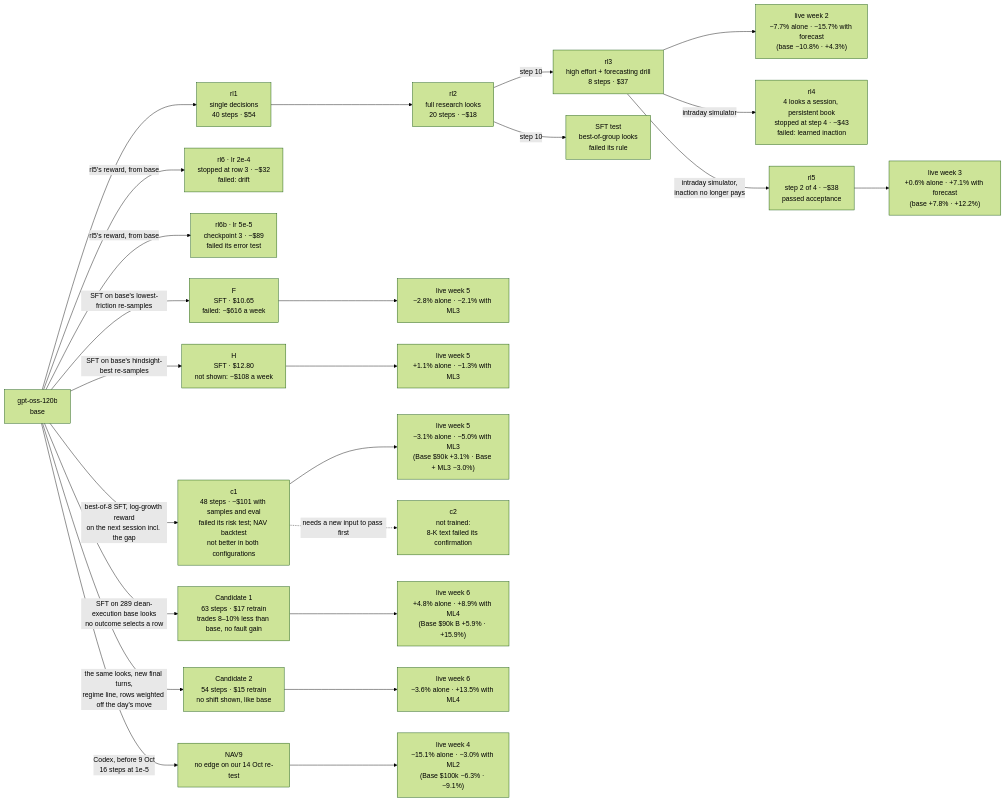
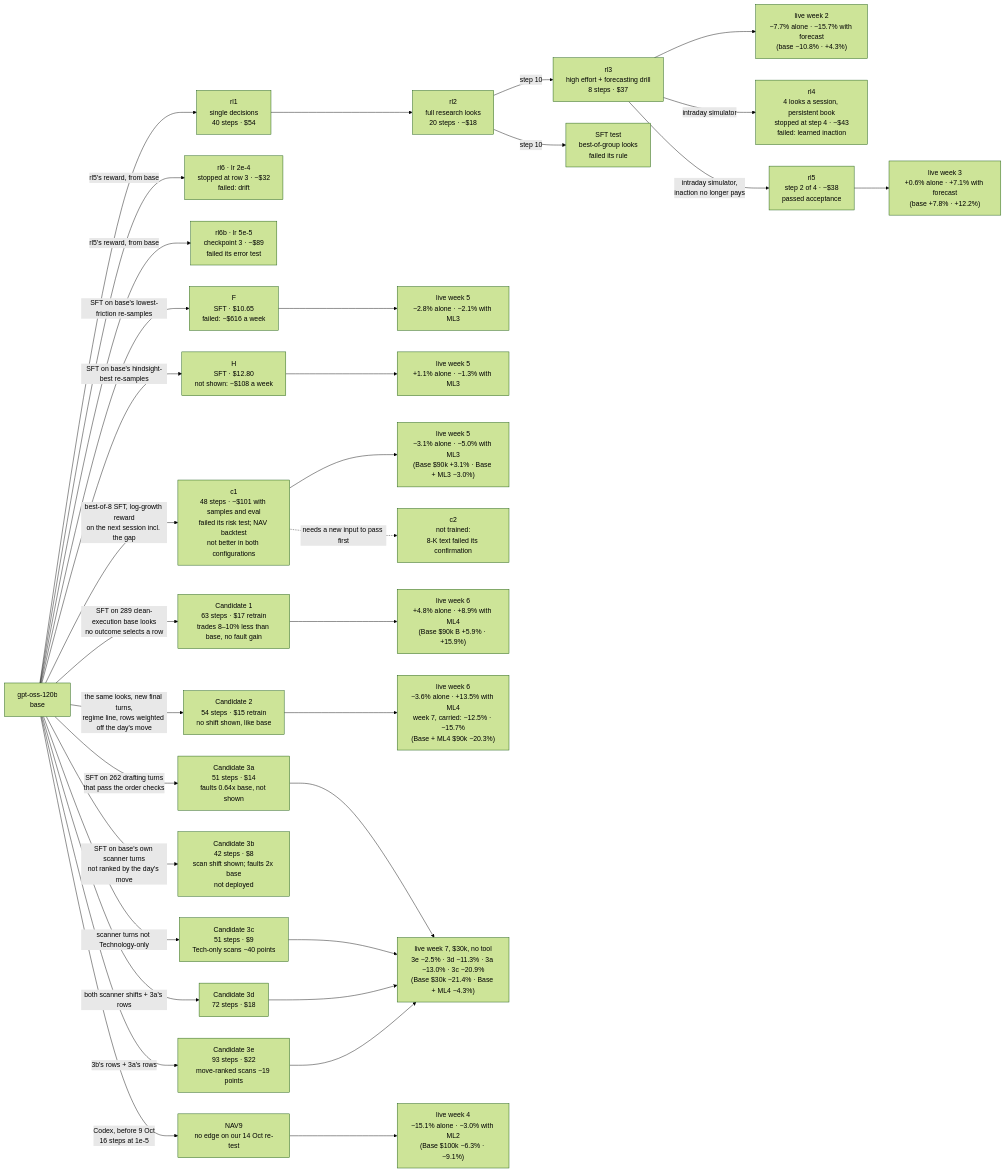
The diagram in README.md (quiezent/gpt-oss-120b-native-trading-research), drawn with Mermaid (forest theme) before and after one commit. The commit also changed other lines of this file and 41 other files, not shown here.

````diff
--- a/README.md
+++ b/README.md
@@ -35,26 +44,35 @@
 ```mermaid
 flowchart LR
     B["gpt-oss-120b<br/>base"] --> R1["rl1<br/>single decisions<br/>40 steps · $54"]
     R1 --> R2["rl2<br/>full research looks<br/>20 steps · ~$18"]
     R2 -->|step 10| R3["rl3<br/>high effort + forecasting drill<br/>8 steps · $37"]
     R2 -->|step 10| S["SFT test<br/>best-of-group looks<br/>failed its rule"]
     R3 --> L["live week 2<br/>−7.7% alone · −15.7% with forecast<br/>(base −10.8% · +4.3%)"]
     R3 -->|intraday simulator| R4["rl4<br/>4 looks a session, persistent book<br/>stopped at step 4 · ~$43<br/>failed: learned inaction"]
     R3 -->|intraday simulator,<br/>inaction no longer pays| R5["rl5<br/>step 2 of 4 · ~$38<br/>passed acceptance"]
     R5 --> L5["live week 3<br/>+0.6% alone · +7.1% with forecast<br/>(base +7.8% · +12.2%)"]
     B -->|rl5's reward, from base| R6["rl6 · lr 2e-4<br/>stopped at row 3 · ~$32<br/>failed: drift"]
     B -->|rl5's reward, from base| R6B["rl6b · lr 5e-5<br/>checkpoint 3 · ~$89<br/>failed its error test"]
     B -->|SFT on base's lowest-friction re-samples| F["F<br/>SFT · $10.65<br/>failed: −$616 a week"]
     B -->|SFT on base's hindsight-best re-samples| H["H<br/>SFT · $12.80<br/>not shown: −$108 a week"]
     F --> LF["live week 5<br/>−2.8% alone · −2.1% with ML3"]
     H --> LH["live week 5<br/>+1.1% alone · −1.3% with ML3"]
     B -->|best-of-8 SFT, log-growth reward<br/>on the next session incl. the gap| C1["c1<br/>48 steps · ~$101 with samples and eval<br/>failed its risk test; NAV backtest<br/>not better in both configurations"]
     C1 --> LC1["live week 5<br/>−3.1% alone · −5.0% with ML3<br/>(Base $90k +3.1% · Base + ML3 −3.0%)"]
     C1 -.->|needs a new input to pass first| C2["c2<br/>not trained:<br/>8-K text failed its confirmation"]
     B -->|SFT on 289 clean-execution base looks<br/>no outcome selects a row| K1["Candidate 1<br/>63 steps · $17 retrain<br/>trades 8–10% less than base, no fault gain"]
     K1 --> LK1["live week 6<br/>+4.8% alone · +8.9% with ML4<br/>(Base $90k B +5.9% · +15.9%)"]
     B -->|the same looks, new final turns,<br/>regime line, rows weighted off the day's move| K2["Candidate 2<br/>54 steps · $15 retrain<br/>no shift shown, like base"]
-    K2 --> LK2["live week 6<br/>−3.6% alone · +13.5% with ML4"]
+    K2 --> LK2["live week 6<br/>−3.6% alone · +13.5% with ML4<br/>week 7, carried: −12.5% · −15.7%<br/>(Base + ML4 $90k −20.3%)"]
+    B -->|SFT on 262 drafting turns<br/>that pass the order checks| K3A["Candidate 3a<br/>51 steps · $14<br/>faults 0.64x base, not shown"]
+    B -->|SFT on base's own scanner turns<br/>not ranked by the day's move| K3B["Candidate 3b<br/>42 steps · $8<br/>scan shift shown; faults 2x base<br/>not deployed"]
+    B -->|scanner turns not Technology-only| K3C["Candidate 3c<br/>51 steps · $9<br/>Tech-only scans −40 points"]
+    B -->|both scanner shifts + 3a's rows| K3D["Candidate 3d<br/>72 steps · $18"]
+    B -->|3b's rows + 3a's rows| K3E["Candidate 3e<br/>93 steps · $22<br/>move-ranked scans −19 points"]
+    K3A --> L3["live week 7, $30k, no tool<br/>3e −2.5% · 3d −11.3% · 3a −13.0% · 3c −20.9%<br/>(Base $30k −21.4% · Base + ML4 −4.3%)"]
+    K3C --> L3
+    K3D --> L3
+    K3E --> L3
     B -->|Codex, before 9 Oct<br/>16 steps at 1e-5| N9["NAV9<br/>no edge on our 14 Oct re-test"]
     N9 --> LN9["live week 4<br/>−15.1% alone · −3.0% with ML2<br/>(Base $100k −6.3% · −9.1%)"]
 ```
````
